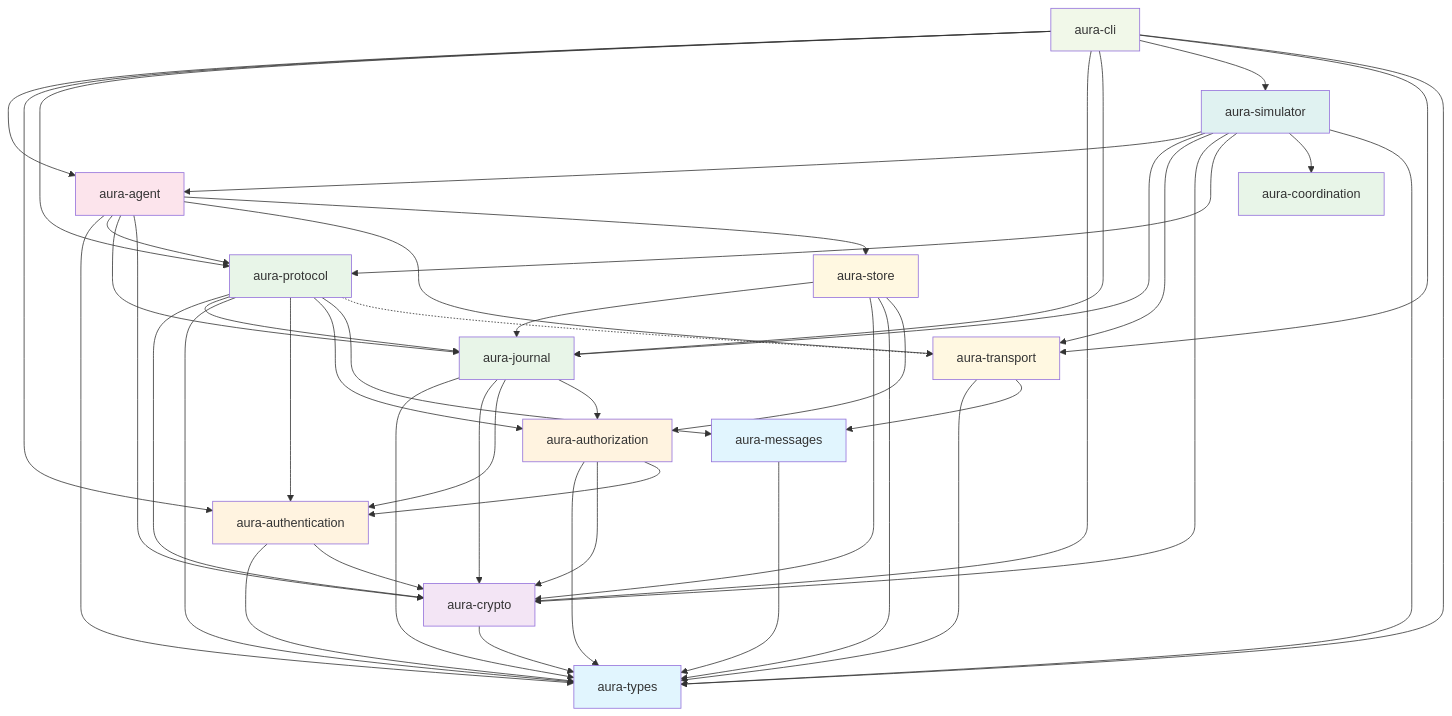
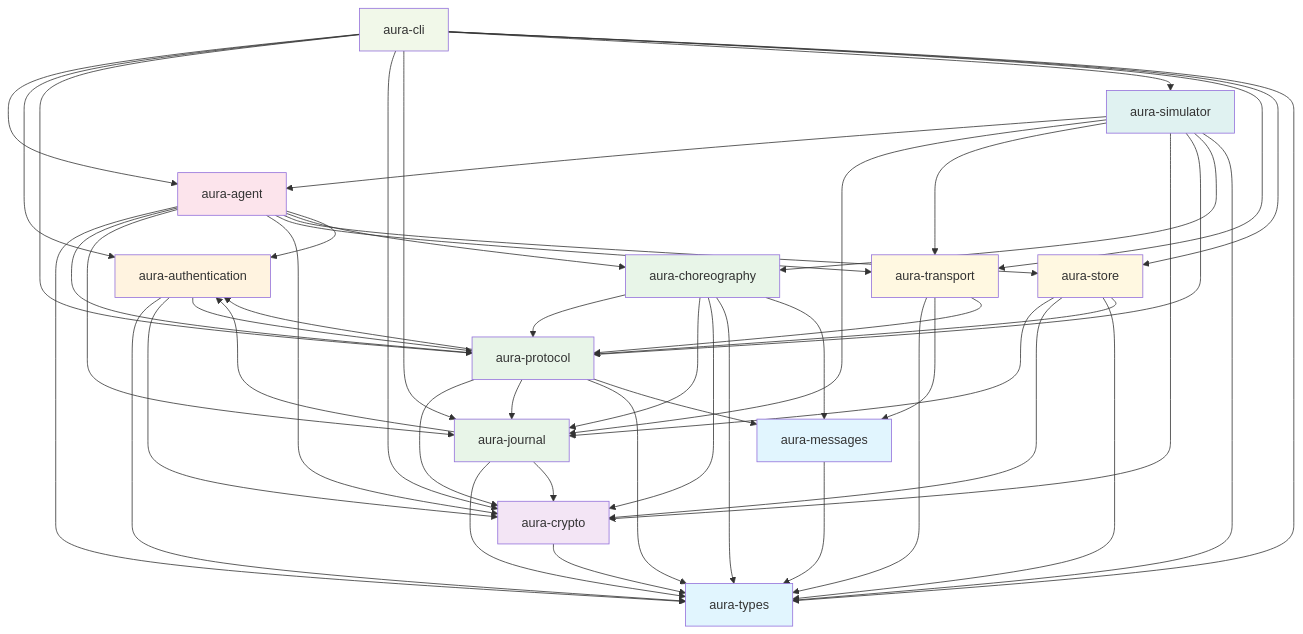
The second of 2 diagrams in docs/wiring.md (hxrts/aura), drawn with Mermaid before and after one commit. The commit also changed other lines of this file and 357 other files, not shown here.

```diff
--- a/docs/wiring.md
+++ b/docs/wiring.md
@@ -150,14 +152,13 @@
     %% Cryptography Layer
     crypto[aura-crypto]
     
-    %% Authentication & Authorization
+    %% Authentication Layer
     auth[aura-authentication]
-    authz[aura-authorization]
     
     %% Protocol Infrastructure
     journal[aura-journal]
     protocol[aura-protocol]
-    coordination[aura-coordination]
+    choreography[aura-choreography]
     
     %% Storage & Transport
     transport[aura-transport]
@@ -177,32 +178,35 @@
     crypto --> types
     auth --> types
     auth --> crypto
-    authz --> types
-    authz --> crypto
-    authz --> auth
+    auth --> protocol
     journal --> types
     journal --> crypto
     journal --> auth
-    journal --> authz
     transport --> types
     transport --> messages
+    transport --> protocol
     store --> journal
     store --> crypto
     store --> types
-    store --> authz
+    store --> protocol
     protocol --> crypto
     protocol --> journal
     protocol --> types
     protocol --> auth
-    protocol --> authz
     protocol --> messages
-    protocol -.-> transport
+    choreography --> protocol
+    choreography --> journal
+    choreography --> crypto
+    choreography --> types
+    choreography --> messages
     agent --> types
     agent --> protocol
     agent --> journal
     agent --> crypto
     agent --> transport
     agent --> store
+    agent --> choreography
+    agent --> auth
     cli --> agent
     cli --> auth
     cli --> protocol
@@ -210,13 +214,14 @@
     cli --> journal
     cli --> simulator
     cli --> transport
+    cli --> store
     cli --> types
     simulator --> agent
     simulator --> journal
     simulator --> transport
     simulator --> crypto
     simulator --> protocol
-    simulator --> coordination
+    simulator --> choreography
     simulator --> types
     
     %% Styling
@@ -231,8 +236,8 @@
     
     class types,messages foundation
     class crypto crypto
-    class auth,authz auth
-    class journal,protocol,coordination protocol
+    class auth auth
+    class journal,protocol,choreography protocol
     class transport,store storage
     class agent app
     class cli dev
```
